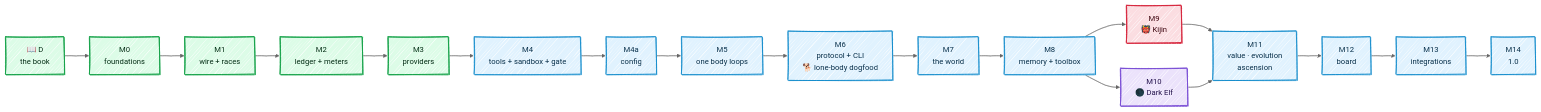
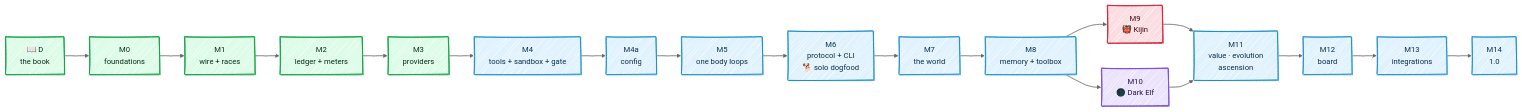
The diagram in docs/roadmap.md (Kaginari/mnemorph), drawn with Mermaid before and after one commit. The commit also changed other lines of this file and 4 other files, not shown here.

Commit message:
docs: solo mode is permanent — one body under the law, escalating on stress, a boundary or an act it does not hold (#44)

````diff
--- a/docs/roadmap.md
+++ b/docs/roadmap.md
@@ -5,35 +5,35 @@
 ```mermaid
 ---
 config:
   look: handDrawn
   theme: neutral
   flowchart:
     wrappingWidth: 360
 ---
 flowchart LR
     D["📖 D<br/>the book"] --> M0["M0<br/>foundations"]
     M0 --> M1["M1<br/>wire + races"]
     M1 --> M2["M2<br/>ledger + meters"]
     M2 --> M3["M3<br/>providers"]
     M3 --> M4["M4<br/>tools + sandbox + gate"]
     M4 --> M4a["M4a<br/>config"]
     M4a --> M5["M5<br/>one body loops"]
-    M5 --> M6["M6<br/>protocol + CLI<br/>🐕 lone-body dogfood"]
+    M5 --> M6["M6<br/>protocol + CLI<br/>🐕 solo dogfood"]
     M6 --> M7["M7<br/>the world"]
     M7 --> M8["M8<br/>memory + toolbox"]
     M8 --> M9["M9<br/>👹 Kijin"]
     M8 --> M10["M10<br/>🌑 Dark Elf"]
     M9 --> M11["M11<br/>value · evolution<br/>ascension"]
     M10 --> M11
     M11 --> M12["M12<br/>board"]
     M12 --> M13["M13<br/>integrations"]
     M13 --> M14["M14<br/>1.0"]
     classDef good fill:#dcfce7,stroke:#16a34a,stroke-width:2px,color:#052e16
     class D,M0,M1,M2,M3 good
     classDef step fill:#e0f2fe,stroke:#0284c7,stroke-width:1.5px,color:#082f49
     class M4,M4a,M5,M6,M7,M8,M11,M12,M13,M14 step
     classDef kijin fill:#fbdde1,stroke:#D7263D,stroke-width:2px,color:#3d0710
     class M9 kijin
     classDef dark fill:#ebe2fb,stroke:#7B4FD6,stroke-width:2px,color:#22114a
     class M10 dark
 ```
````
